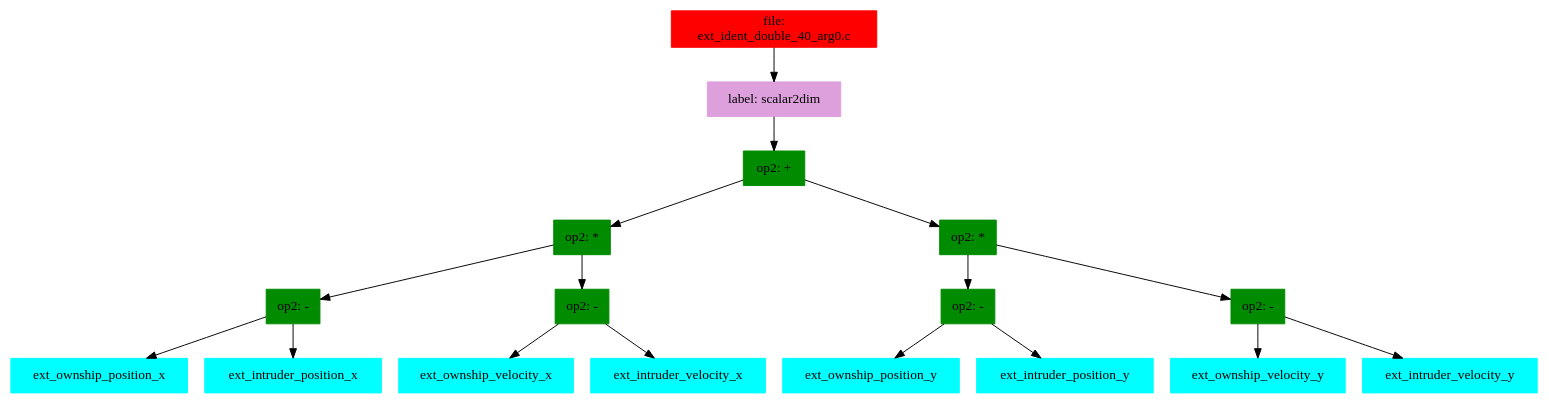
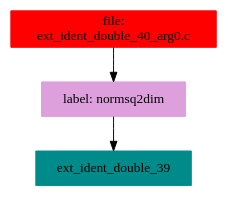
Before and after one commit to Copilot-Language/examplesForACSL: the diagram in example36/copilot-sbv-codegen/ext_ident_double_40_arg0.c.gv, drawn with Graphviz. The commit also changed 5241 other files, not shown here.

```diff
--- a/example36/copilot-sbv-codegen/ext_ident_double_40_arg0.c.gv
+++ b/example36/copilot-sbv-codegen/ext_ident_double_40_arg0.c.gv
@@ -1,40 +1,12 @@
 digraph G {
 node [shape=box]
 
 0 [label="file: 
 ext_ident_double_40_arg0.c",color=red, style=filled]
-1 [label="label: scalar2dim",color=plum, style=filled]
+1 [label="label: normsq2dim",color=plum, style=filled]
 0 -> 1
-2 [label="op2: +",color=green4, style=filled]
+2 [label="ext_ident_double_39",color=cyan4, style=filled]
 1 -> 2
-3 [label="op2: *",color=green4, style=filled]
-2 -> 3
-4 [label="op2: -",color=green4, style=filled]
-3 -> 4
-5 [label="ext_ownship_position_x",color=cyan1, style=filled]
-4 -> 5
-6 [label="ext_intruder_position_x",color=cyan1, style=filled]
-4 -> 6
-7 [label="op2: -",color=green4, style=filled]
-3 -> 7
-8 [label="ext_ownship_velocity_x",color=cyan1, style=filled]
-7 -> 8
-9 [label="ext_intruder_velocity_x",color=cyan1, style=filled]
-7 -> 9
-10 [label="op2: *",color=green4, style=filled]
-2 -> 10
-11 [label="op2: -",color=green4, style=filled]
-10 -> 11
-12 [label="ext_ownship_position_y",color=cyan1, style=filled]
-11 -> 12
-13 [label="ext_intruder_position_y",color=cyan1, style=filled]
-11 -> 13
-14 [label="op2: -",color=green4, style=filled]
-10 -> 14
-15 [label="ext_ownship_velocity_y",color=cyan1, style=filled]
-14 -> 15
-16 [label="ext_intruder_velocity_y",color=cyan1, style=filled]
-14 -> 16
 
 
 }
```
